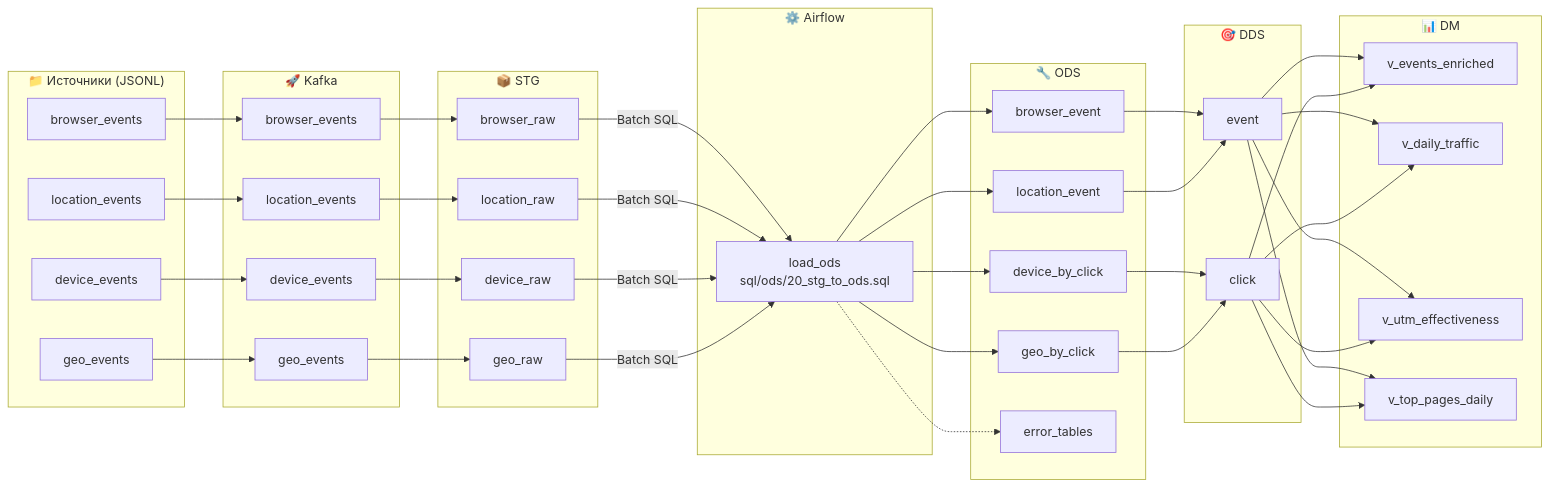
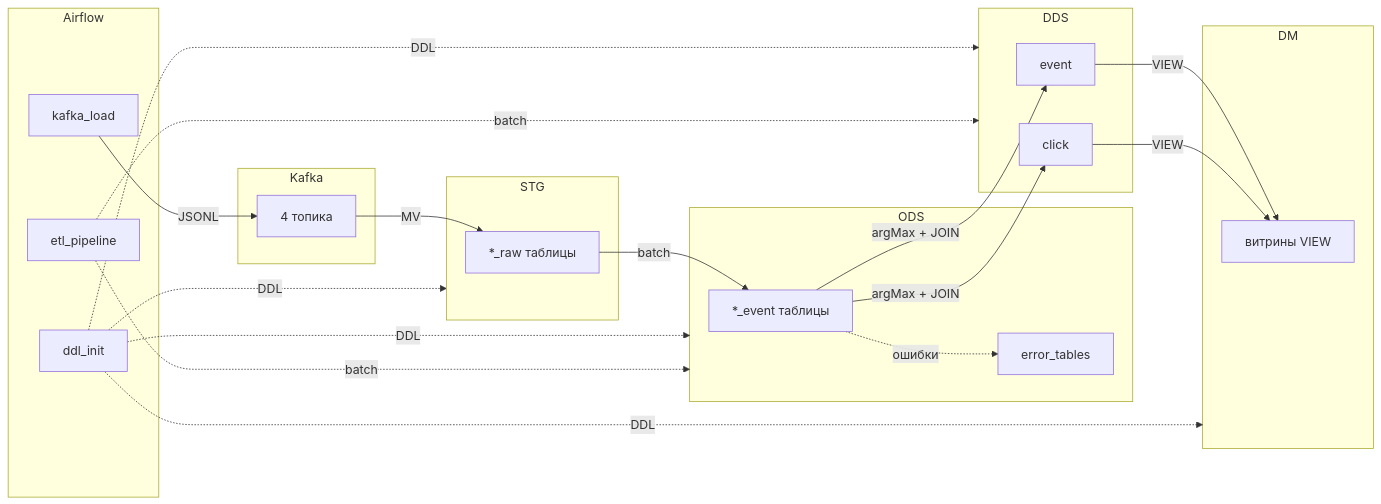
Before and after one commit to dementev-dev/clickstream-ch-kafka-superset-demo: the first of 6 diagrams in docs/ARCHITECTURE.md, drawn with Mermaid. The commit also changed other lines of this file and 1 other file, not shown here.

Commit message:
docs: обновлены Mermaid-диаграммы в README и ARCHITECTURE
- Упрощены диаграммы архитектуры, убраны эмодзи
- В README: компактная схема Airflow → Kafka → ClickHouse
- В ARCHITECTURE: обновлены общая схема, слои и сборка DDS
- Все диаграммы отражают 3 DAG: ddl_init, kafka_load, etl_pipeline

````diff
--- a/docs/ARCHITECTURE.md
+++ b/docs/ARCHITECTURE.md
@@ -26,64 +26,39 @@
 ```mermaid
 flowchart LR
-    subgraph Sources["📁 Источники (JSONL)"]
-        BE[browser_events]
-        LE[location_events]
-        DE[device_events]
-        GE[geo_events]
+    subgraph AF["Airflow"]
+        DAG1["ddl_init"]
+        DAG2["kafka_load"]
+        DAG3["etl_pipeline"]
     end
 
-    subgraph Kafka["🚀 Kafka"]
-        K1[browser_events]
-        K2[location_events]
-        K3[device_events]
-        K4[geo_events]
+    subgraph Kafka["Kafka"]
+        K[4 топика]
     end
 
-    subgraph STG["📦 STG"]
-        S1[browser_raw]
-        S2[location_raw]
-        S3[device_raw]
-        S4[geo_raw]
+    subgraph STG["STG"]
+        S[*_raw таблицы]
     end
 
-    subgraph AF["⚙️ Airflow"]
-        B1[load_ods<br/>sql/ods/20_stg_to_ods.sql]
-    end
-
-    subgraph ODS["🔧 ODS"]
-        O1[browser_event]
-        O2[location_event]
-        O3[device_by_click]
-        O4[geo_by_click]
+    subgraph ODS["ODS"]
+        O[*_event таблицы]
         OE[error_tables]
     end
 
-    subgraph DDS["🎯 DDS"]
-        DE1[event]
-        DC1[click]
+    subgraph DDS["DDS"]
+        D1[event]
+        D2[click]
     end
 
-    subgraph DM["📊 DM"]
-        DM1[v_events_enriched]
-        DM2[v_daily_traffic]
-        DM3[v_utm_effectiveness]
-        DM4[v_top_pages_daily]
+    subgraph DM["DM"]
+        V[витрины VIEW]
     end
 
-    BE --> K1 --> S1
-    LE --> K2 --> S2
-    DE --> K3 --> S3
-    GE --> K4 --> S4
+    DAG2 -->|JSONL| K -->|MV| S
+    S -->|batch| O
+    O -->|argMax + JOIN| D1 & D2
+    O -.->|ошибки| OE
+    D1 & D2 -->|VIEW| V
 
-    S1 & S2 & S3 & S4 -->|Batch SQL| B1
-    B1 --> O1 & O2 & O3 & O4
-    B1 -.-> OE
-    O1 --> DE1
-    O2 --> DE1
-    O3 --> DC1
-    O4 --> DC1
-    DE1 --> DM1
-    DC1 --> DM1
-    DE1 --> DM2 & DM3 & DM4
-    DC1 --> DM2 & DM3 & DM4
+    DAG1 -.->|DDL| STG & ODS & DDS & DM
+    DAG3 -.->|batch| ODS & DDS
 ```
````
